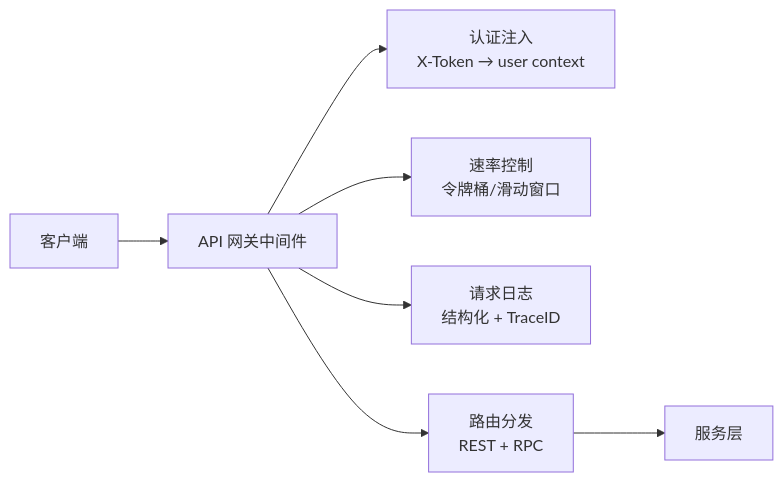
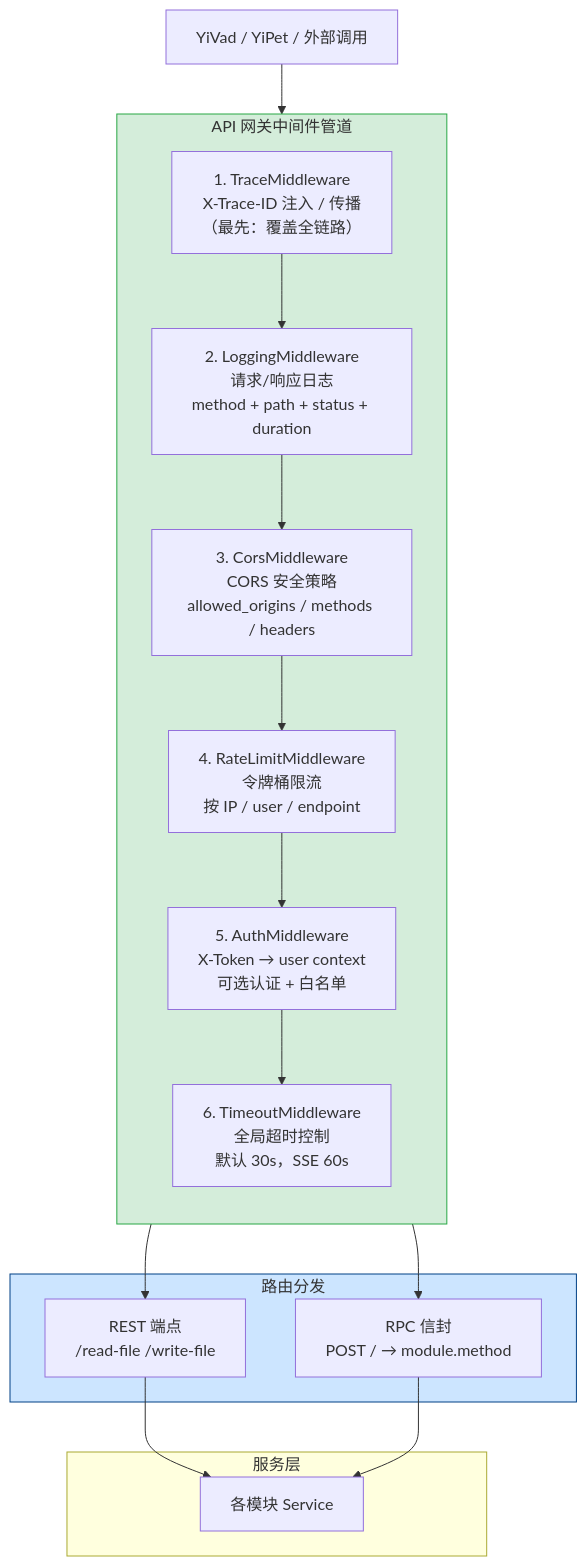
One commit to effiy/YrY changed the diagram in YiKnowledge/projects/yiai/devs/2026-09/30-prd-task-API网关.md. Above: the diagram before and after it, drawn with Mermaid. The commit also changed other lines of this file and 4958 other files, not shown here.

````diff
--- a/YiKnowledge/projects/yiai/devs/2026-09/30-prd-task-API网关.md
+++ b/YiKnowledge/projects/yiai/devs/2026-09/30-prd-task-API网关.md
@@ -33,9 +34,32 @@
 ```mermaid
-flowchart LR
-  CLIENT["客户端"] --> GW["API 网关中间件"]
-  GW --> AUTH["认证注入<br/>X-Token → user context"]
-  GW --> RATE["速率控制<br/>令牌桶/滑动窗口"]
-  GW --> LOG["请求日志<br/>结构化 + TraceID"]
-  GW --> ROUTE["路由分发<br/>REST + RPC"]
-  ROUTE --> SVC["服务层"]
+graph TD
+  CLIENT["YiVad / YiPet / 外部调用"]
+
+  subgraph Gateway["API 网关中间件管道"]
+    direction TB
+    M1["1. TraceMiddleware<br/>X-Trace-ID 注入 / 传播<br/>（最先：覆盖全链路）"]
+    M2["2. LoggingMiddleware<br/>请求/响应日志<br/>method + path + status + duration"]
+    M3["3. CorsMiddleware<br/>CORS 安全策略<br/>allowed_origins / methods / headers"]
+    M4["4. RateLimitMiddleware<br/>令牌桶限流<br/>按 IP / user / endpoint"]
+    M5["5. AuthMiddleware<br/>X-Token → user context<br/>可选认证 + 白名单"]
+    M6["6. TimeoutMiddleware<br/>全局超时控制<br/>默认 30s，SSE 60s"]
+  end
+
+  subgraph Router["路由分发"]
+    REST["REST 端点<br/>/read-file /write-file"]
+    RPC["RPC 信封<br/>POST / → module.method"]
+  end
+
+  subgraph Services["服务层"]
+    SVC["各模块 Service"]
+  end
+
+  CLIENT --> M1 --> M2 --> M3 --> M4 --> M5 --> M6
+  M6 --> REST
+  M6 --> RPC
+  REST --> SVC
+  RPC --> SVC
+
+  style Gateway fill:#d4edda,stroke:#28a745
+  style Router fill:#cce5ff,stroke:#004085
 ```
````
